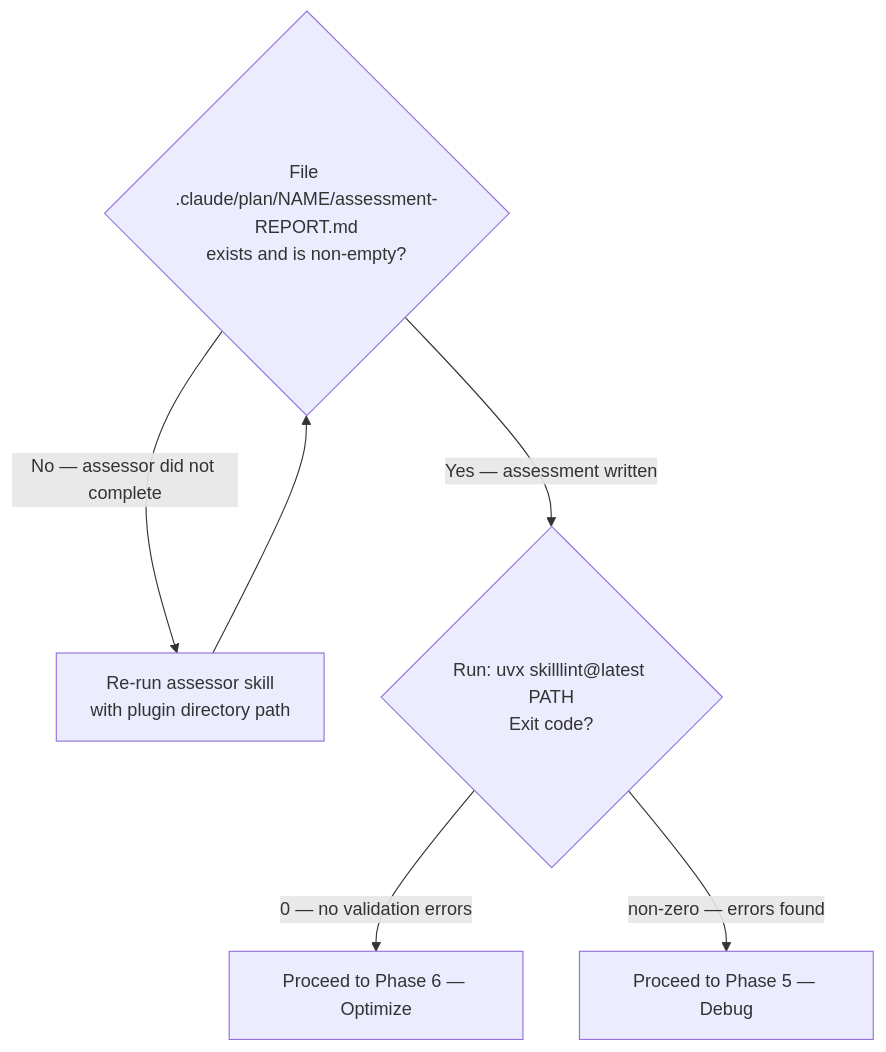
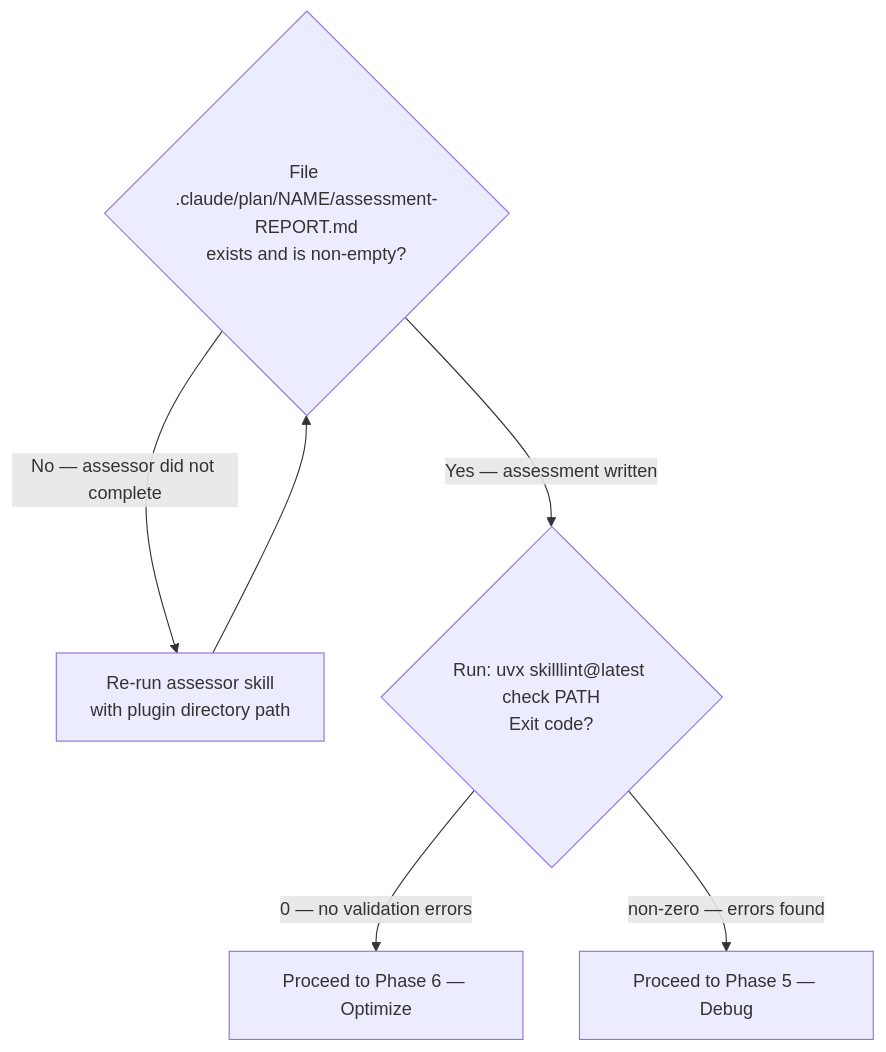
Before and after one commit to chgreer1070/claude_skills: the fourth of 12 diagrams in plugins/plugin-creator/skills/plugin-lifecycle/SKILL.md, drawn with Mermaid. The commit also changed other lines of this file and 42 other files, not shown here.

First line of the commit message:
refactor(migration): migrate plugin_validator.py to uvx skilllint@latest check

````diff
--- a/plugins/plugin-creator/skills/plugin-lifecycle/SKILL.md
+++ b/plugins/plugin-creator/skills/plugin-lifecycle/SKILL.md
@@ -248,10 +248,10 @@
 ```mermaid
 flowchart TD
     %% Gate 1: assessor output must exist before validator can be meaningful
     AssessFile{"File .claude/plan/NAME/assessment-REPORT.md<br>exists and is non-empty?"}
     AssessFile -->|"No — assessor did not complete"| RetryAssess["Re-run assessor skill<br>with plugin directory path"]
     RetryAssess --> AssessFile
-    AssessFile -->|"Yes — assessment written"| ValidatorGate{"Run: uvx skilllint@latest PATH<br>Exit code?"}
+    AssessFile -->|"Yes — assessment written"| ValidatorGate{"Run: uvx skilllint@latest check PATH<br>Exit code?"}
     ValidatorGate -->|"0 — no validation errors"| Skip["Proceed to Phase 6 — Optimize"]
     ValidatorGate -->|"non-zero — errors found"| Next["Proceed to Phase 5 — Debug"]
 ```
````
